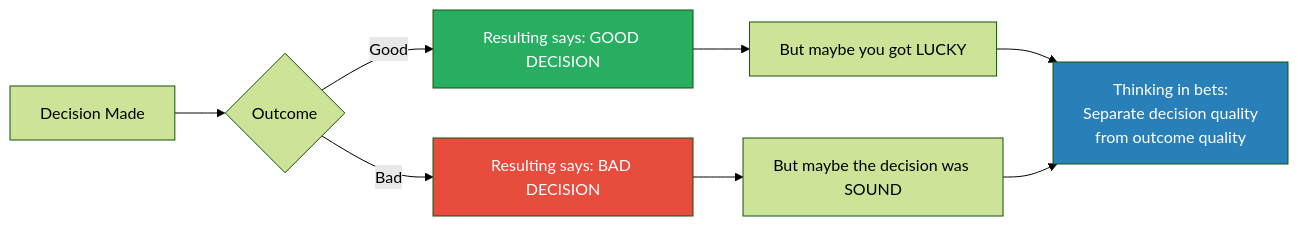
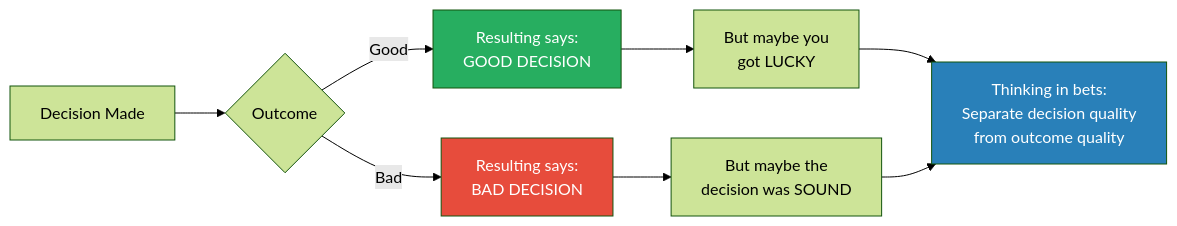
The first of 7 diagrams in summaries/Psychology & Decision Making/Thinking in Bets - Annie Duke.md (alius33/reader), drawn with Mermaid (forest theme) before and after one commit. The commit also changed other lines of this file and 272 other files, not shown here.

````diff
--- a/summaries/Psychology & Decision Making/Thinking in Bets - Annie Duke.md
+++ b/summaries/Psychology & Decision Making/Thinking in Bets - Annie Duke.md
@@ -43,13 +50,13 @@
 ```mermaid
 flowchart LR
     A["Decision Made"] --> B{"Outcome"}
-    B -->|Good| C["Resulting says: GOOD DECISION"]
-    B -->|Bad| D["Resulting says: BAD DECISION"]
-    C --> E["But maybe you got LUCKY"]
-    D --> F["But maybe the decision was SOUND"]
-    E --> G["Thinking in bets:\nSeparate decision quality\nfrom outcome quality"]
+    B -->|Good| C["Resulting says:<br>GOOD DECISION"]
+    B -->|Bad| D["Resulting says:<br>BAD DECISION"]
+    C --> E["But maybe you<br>got LUCKY"]
+    D --> F["But maybe the<br>decision was SOUND"]
+    E --> G["Thinking in bets:<br>Separate decision quality<br>from outcome quality"]
     F --> G
     style C fill:#27ae60,color:#fff
     style D fill:#e74c3c,color:#fff
     style G fill:#2980b9,color:#fff
 ```
````
